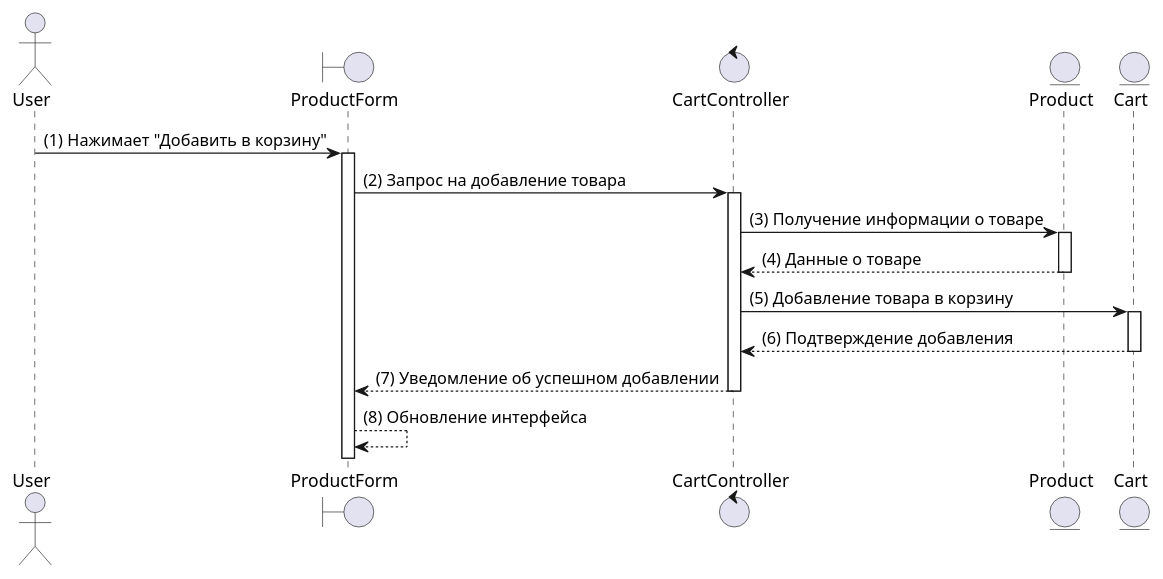
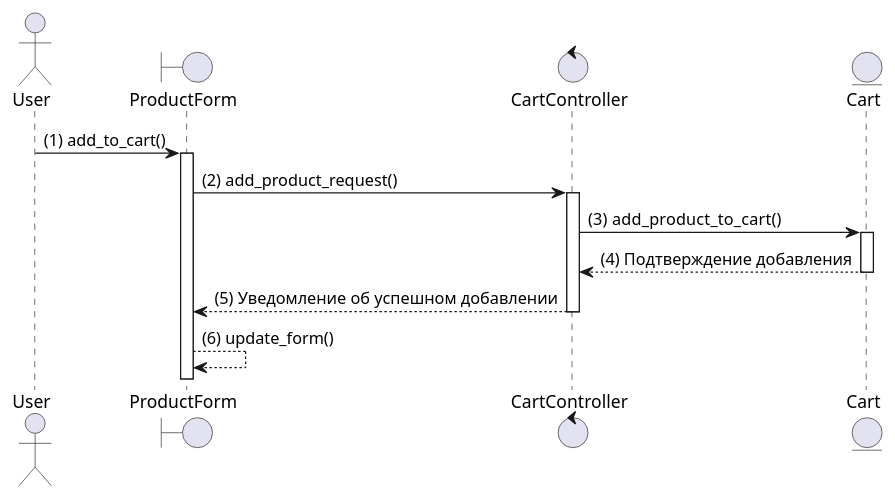
The diagram in laba_1-4/sequence/Client/add_to_cart.puml (UraharaKiska/umlk_diagram), drawn with PlantUML before and after one commit. The commit also changed other lines of this file and 16 other files, not shown here.

```diff
--- a/laba_1-4/sequence/Client/add_to_cart.puml
+++ b/laba_1-4/sequence/Client/add_to_cart.puml
@@ -1,31 +1,24 @@
 @startuml
 actor User
 boundary ProductForm
 control CartController
-entity Product
 entity Cart
 
-User -> ProductForm : (1) Нажимает "Добавить в корзину"
+User -> ProductForm : (1) add_to_cart()
 activate ProductForm
 
-ProductForm -> CartController : (2) Запрос на добавление товара
+ProductForm -> CartController : (2) add_product_request()
 activate CartController
 
-CartController -> Product : (3) Получение информации о товаре
-activate Product
-
-Product --> CartController : (4) Данные о товаре
-deactivate Product
-
-CartController -> Cart : (5) Добавление товара в корзину
+CartController -> Cart : (3)  add_product_to_cart()
 activate Cart
 
-Cart --> CartController : (6) Подтверждение добавления
+Cart --> CartController : (4) Подтверждение добавления
 deactivate Cart
 
-CartController --> ProductForm : (7) Уведомление об успешном добавлении
+CartController --> ProductForm : (5) Уведомление об успешном добавлении
 deactivate CartController
 
-ProductForm --> ProductForm : (8) Обновление интерфейса
+ProductForm --> ProductForm : (6) update_form()
 
 @enduml
```
